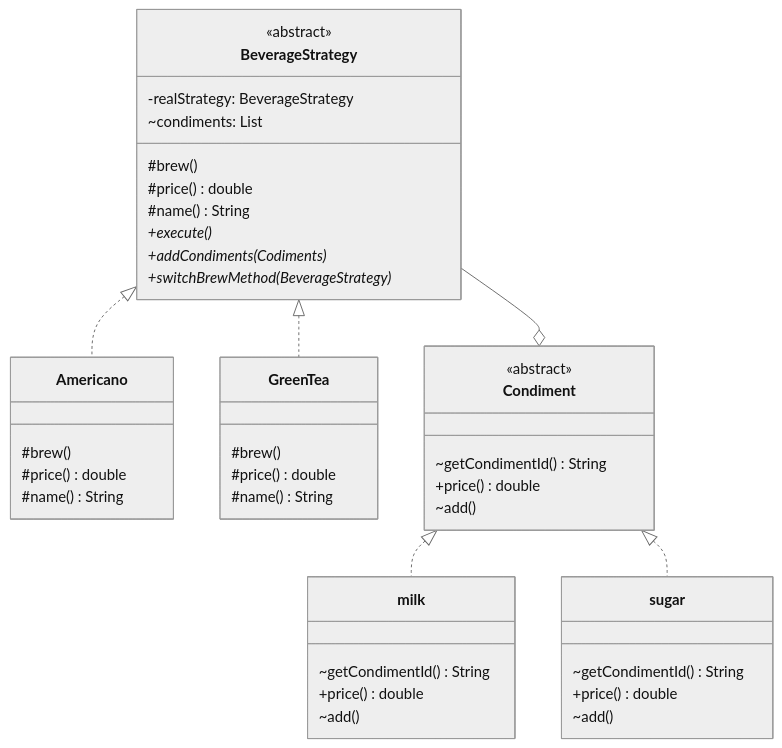
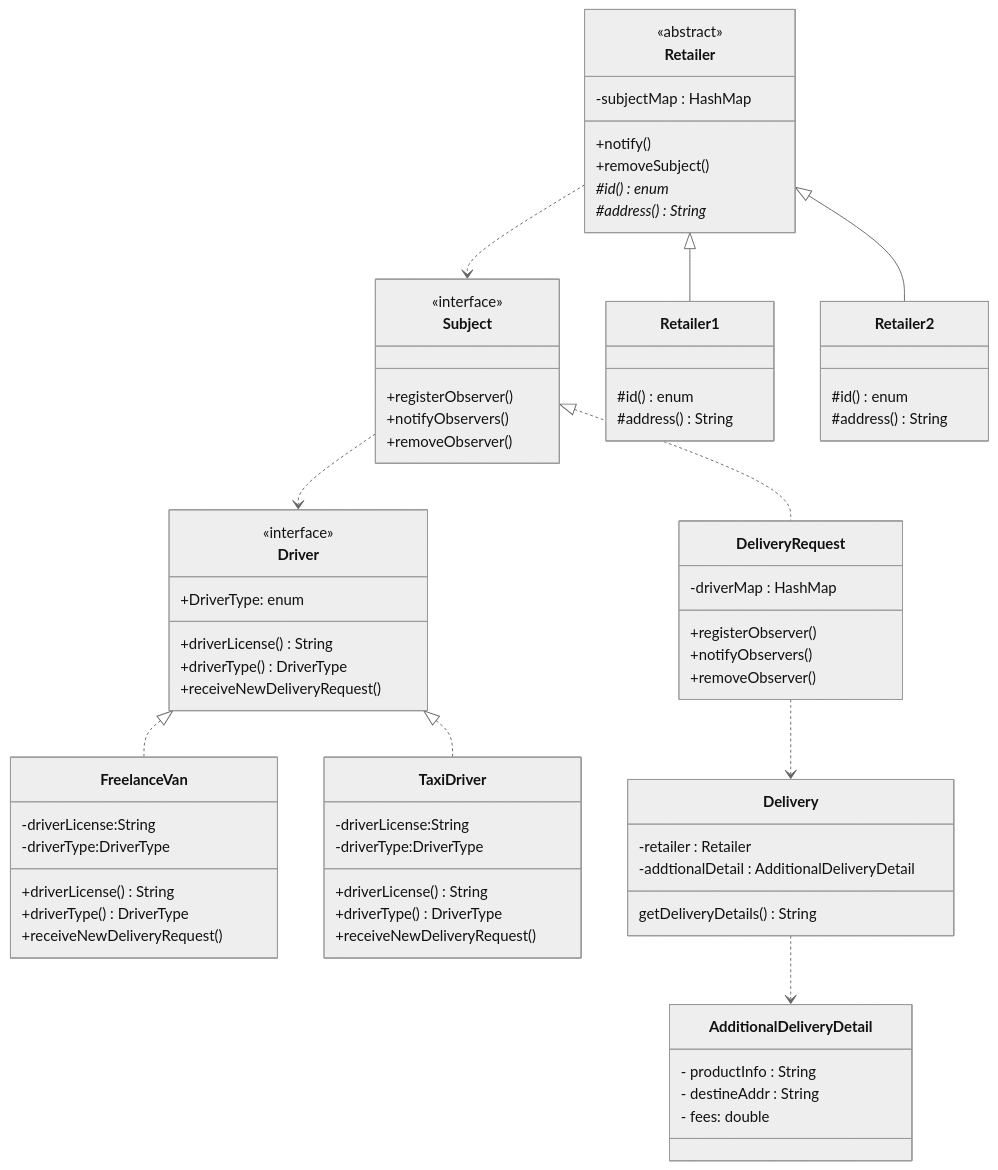
Before and after one commit to nioliu/cs-665-final-project: the diagram in README.md, drawn with Mermaid (neutral theme). The commit also changed other lines of this file, not shown here.

````diff
--- a/README.md
+++ b/README.md
@@ -52,74 +51,87 @@
 ```mermaid
 
 classDiagram
-%% can add more strategy easily just to implement this interface
-class BeverageStrategy{
- <<abstract>>
- -realStrategy: BeverageStrategy
- ~condiments: List<Condiment>
- %% return the price
- #brew()
- #price() double
- #name() String
- +execute() *
- +addCondiments(Codiments)*
- +switchBrewMethod(BeverageStrategy)*
+
+class Driver{
+ <<interface>>
+ +DriverType: enum
+ +driverLicense() String
+ +driverType() DriverType
+ +receiveNewDeliveryRequest()
 }
 
-class Americano{
- #brew()
- #price() double
- #name() String
+class FreelanceVan{
+    -driverLicense:String
+    -driverType:DriverType
+    +driverLicense()String
+    +driverType()DriverType
+    +receiveNewDeliveryRequest()
 }
 
-class GreenTea{
- #brew()
- #price() double
- #name() String
+class TaxiDriver{
+    -driverLicense:String
+    -driverType:DriverType
+    +driverLicense()String
+    +driverType()DriverType
+    +receiveNewDeliveryRequest()
 }
 
-class Condiment{
- <<abstract>>
- %% to mark which condiment
- ~getCondimentId() String
- %% to get the price if each condiment has its own price
- %% set this to public for client to get the price of curr condiment
- +price() double
- %% add current condiment
- ~add()
+class Subject{
+    <<interface>>
+    +registerObserver()
+    +notifyObservers()
+    +removeObserver()
 }
 
-class milk{
- %% to mark which condiment
- ~getCondimentId() String
- %% to get the price if each condiment has its own price
- %% set this to public for client to get the price of curr condiment
- +price() double
- %% add current condiment
- ~add()
+class DeliveryRequest{
+    -driverMap : HashMap
+    +registerObserver()
+    +notifyObservers()
+    +removeObserver()
 }
 
-class sugar{
- %% to mark which condiment
- ~getCondimentId() String
- %% to get the price if each condiment has its own price
- %% set this to public for client to get the price of curr condiment
- +price() double
- %% add current condiment
- ~add()
+class Retailer{
+    <<abstract>>
+    -subjectMap : HashMap
+    +notify()
+    +removeSubject()
+    #id()enum*
+    #address()String*
+}
+
+class Retailer1{
+    #id()enum
+    #address()String
+}
+
+class Retailer2{
+    #id()enum
+    #address()String
+}
+
+class Delivery{
+    -retailer : Retailer
+    -addtionalDetail : AdditionalDeliveryDetail
+    getDeliveryDetails()String
+}
+
+class AdditionalDeliveryDetail{
+    - productInfo : String
+    - destineAddr : String
+    - fees: double
 }
 
 %% implement beverage
-BeverageStrategy <|..  GreenTea
-BeverageStrategy <|..  Americano
+Driver <|..  FreelanceVan
+Driver <|..  TaxiDriver
 %% implement condiment
-Condiment <|.. milk
-Condiment <|.. sugar
-%% Beverage aggregation
-BeverageStrategy --o Condiment
-
-
-
-
-
+Subject <|.. DeliveryRequest
+Retailer <|-- Retailer1
+Retailer <|-- Retailer2
+%% driver dependent driver
+Subject..>Driver
+%% Delivery reuqest composit AdditionalDeliveryDetail
+Delivery..>AdditionalDeliveryDetail
+DeliveryRequest..>Delivery
+Retailer..>Subject
 ```
````
